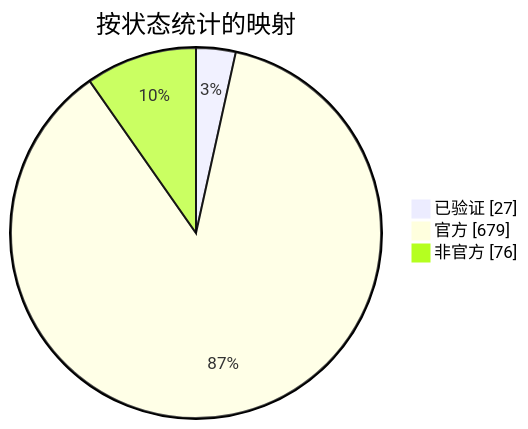
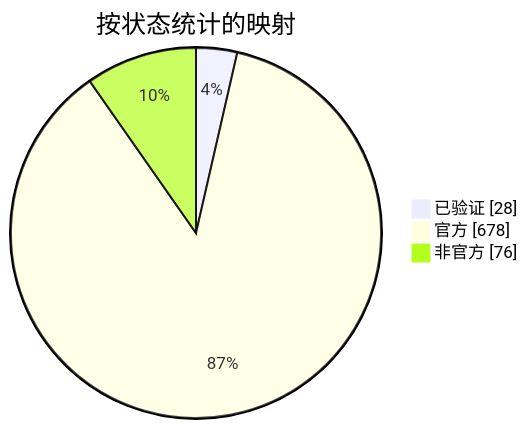
The diagram in docs/readme/README_ZHS.md (nobrega8/mbmap-library), drawn with Mermaid before and after one commit. The commit also changed 7 other files, not shown here.

````diff
--- a/docs/readme/README_ZHS.md
+++ b/docs/readme/README_ZHS.md
@@ -54,7 +54,7 @@
 ```mermaid
 pie showData
     title 按状态统计的映射
-    "已验证" : 27
-    "官方" : 679
+    "已验证" : 28
+    "官方" : 678
     "非官方" : 76
 ```
````
